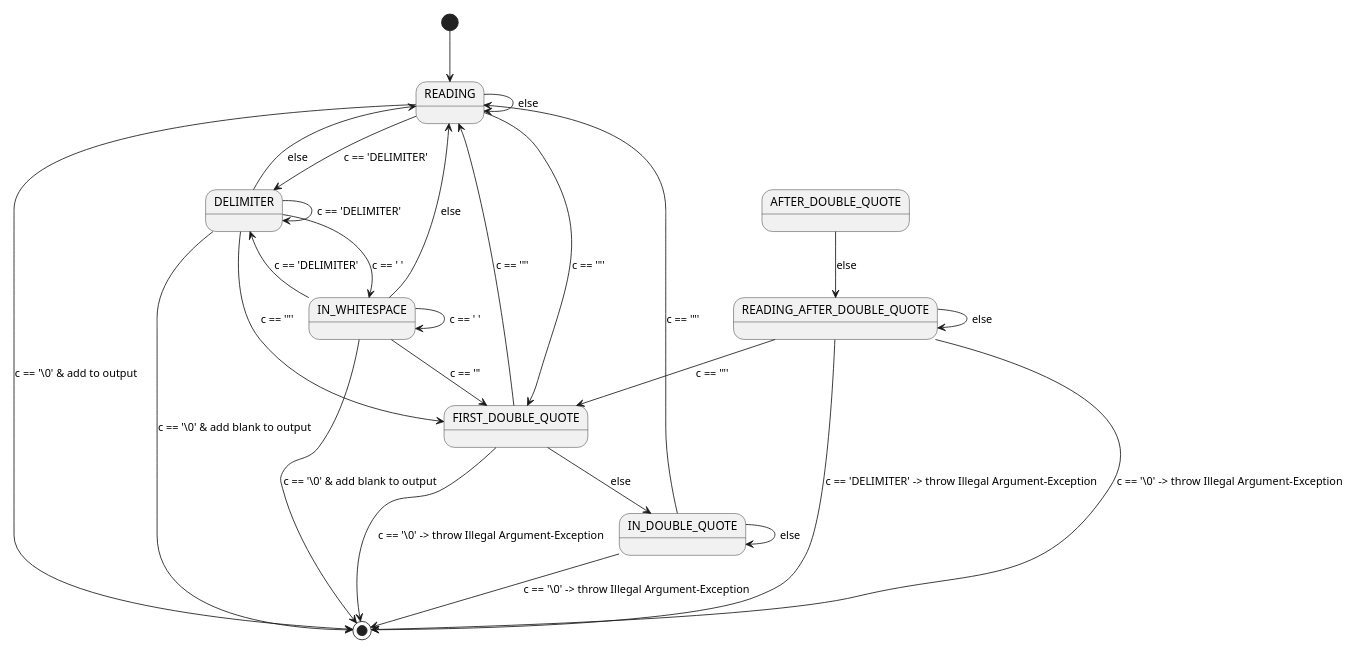
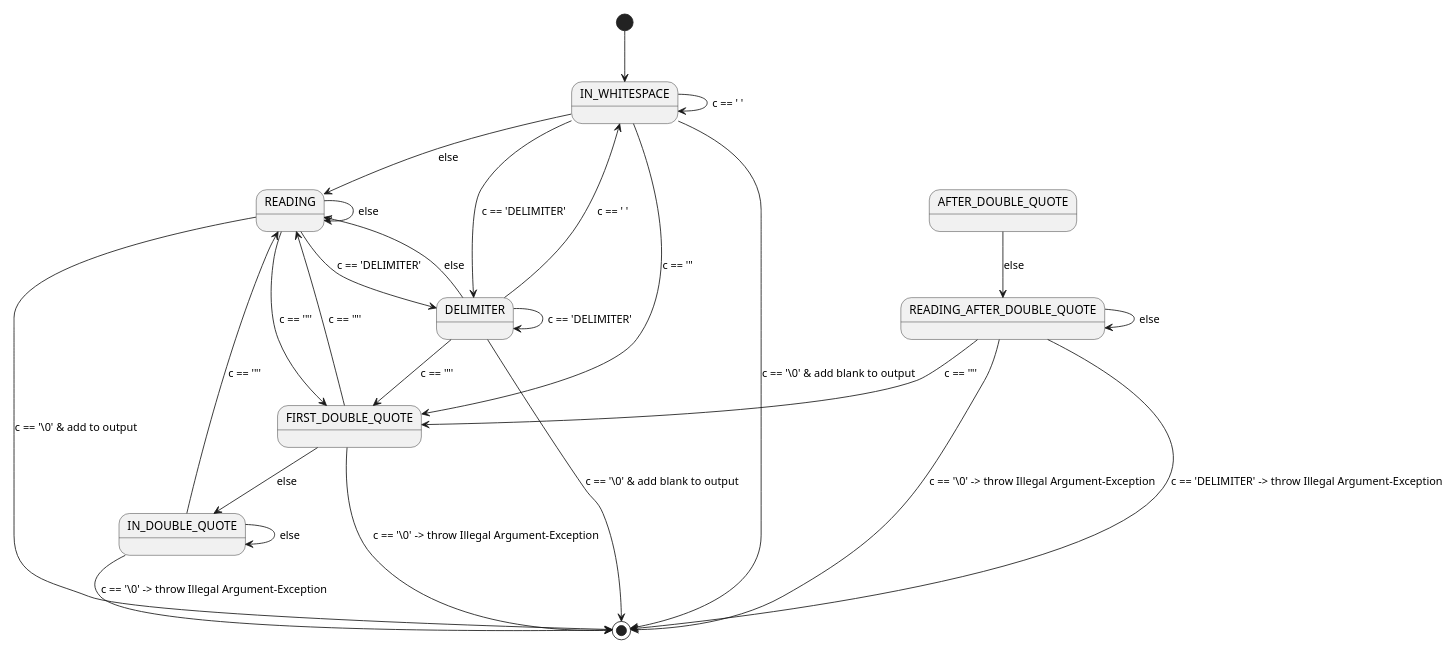
Before and after one commit to 1188-25-HTL3R/1188-25-HTL3R: the diagram in UE03_CSV/src/csv/Reader/csv.puml, drawn with PlantUML.

Commit message:
UE03: UML Starting-Point changed to IN_WHITESPACE

```diff
--- a/UE03_CSV/src/csv/Reader/csv.puml
+++ b/UE03_CSV/src/csv/Reader/csv.puml
@@ -1,35 +1,35 @@
 @startuml
 'https://plantuml.com/sequence-diagram
 
 scale 500 width
 scale 500 height
-[*] --> READING
+[*] --> IN_WHITESPACE
 READING --> [*] : c == '\0' & add to output
 READING --> FIRST_DOUBLE_QUOTE : c == '"'
 READING --> READING : else
 READING --> DELIMITER : c == 'DELIMITER'
 READING_AFTER_DOUBLE_QUOTE --> [*] : c == '\0' -> throw Illegal Argument-Exception
 READING_AFTER_DOUBLE_QUOTE --> FIRST_DOUBLE_QUOTE : c == '"'
 READING_AFTER_DOUBLE_QUOTE --> READING_AFTER_DOUBLE_QUOTE : else
 READING_AFTER_DOUBLE_QUOTE --> [*] : c == 'DELIMITER' -> throw Illegal Argument-Exception
 DELIMITER --> FIRST_DOUBLE_QUOTE : c == '"'
 DELIMITER --> READING : else
 DELIMITER --> DELIMITER : c == 'DELIMITER'
 DELIMITER --> IN_WHITESPACE : c == ' '
 DELIMITER --> [*] : c == '\0' & add blank to output
 IN_WHITESPACE --> FIRST_DOUBLE_QUOTE : c == '"
 IN_WHITESPACE --> READING : else
 IN_WHITESPACE --> DELIMITER : c == 'DELIMITER'
 IN_WHITESPACE --> [*] : c == '\0' & add blank to output
 IN_WHITESPACE --> IN_WHITESPACE : c == ' '
 FIRST_DOUBLE_QUOTE --> READING : c == '"'
 FIRST_DOUBLE_QUOTE --> IN_DOUBLE_QUOTE : else
 FIRST_DOUBLE_QUOTE --> [*] : c == '\0' -> throw Illegal Argument-Exception
 IN_DOUBLE_QUOTE --> IN_DOUBLE_QUOTE : else
 IN_DOUBLE_QUOTE --> READING : c == '"'
 IN_DOUBLE_QUOTE --> [*] : c == '\0' -> throw Illegal Argument-Exception
 AFTER_DOUBLE_QUOTE --> READING_AFTER_DOUBLE_QUOTE : else
 
 
 
 @enduml
```
